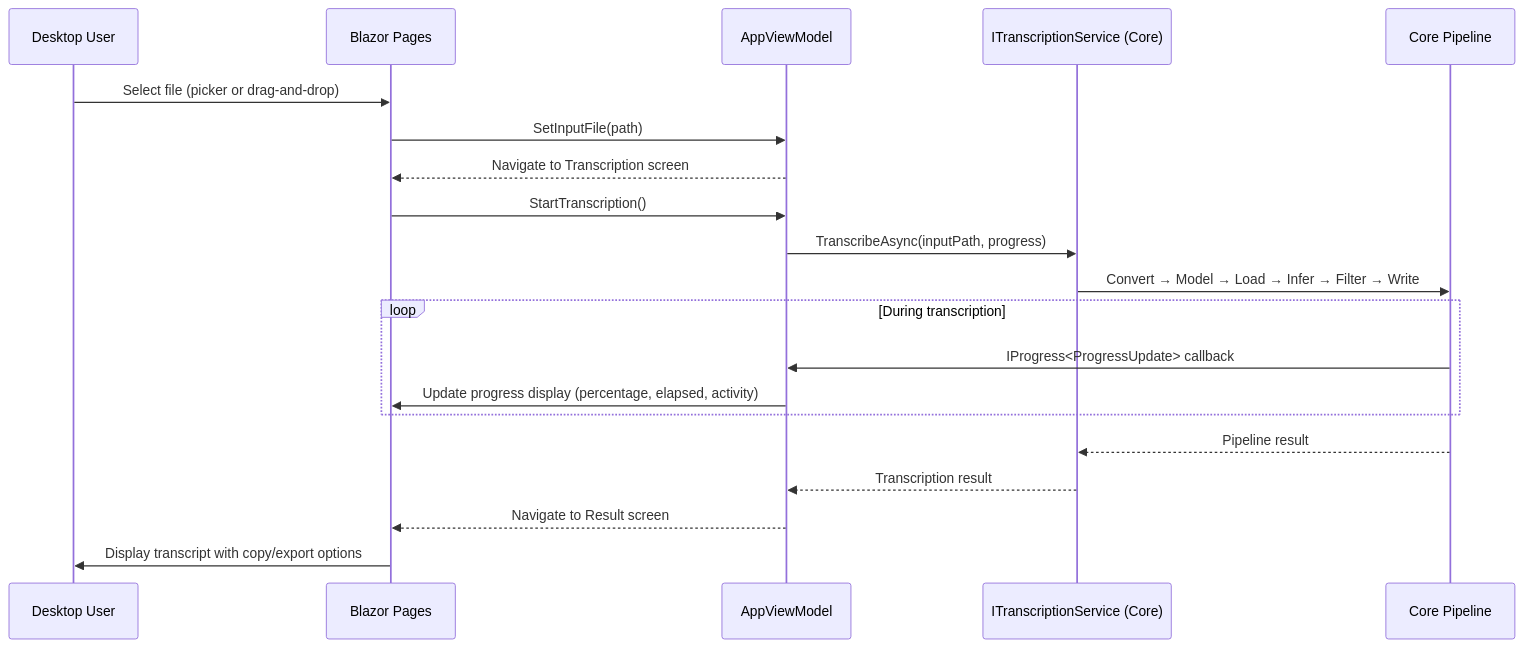
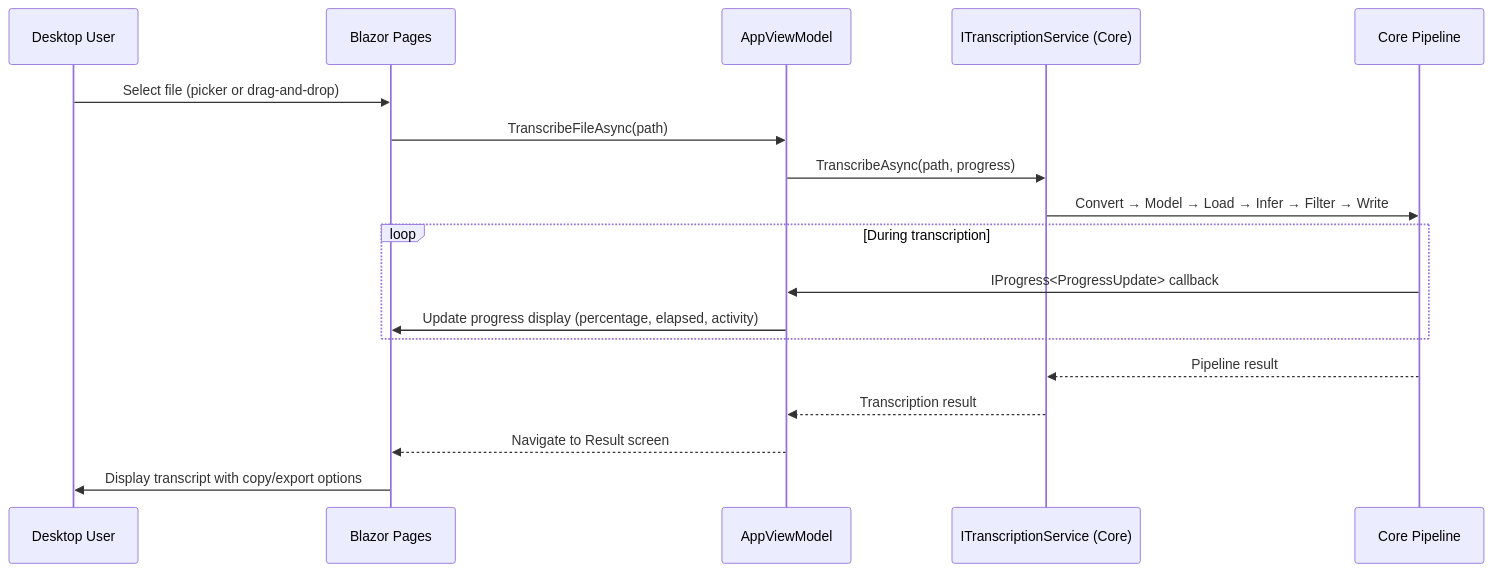
One commit to artemsemdev/VoxFlow changed the seventh of 7 diagrams in docs/architecture/04-runtime-sequences.md. Above: the diagram before and after it, drawn with Mermaid. The commit also changed other lines of this file and 4 other files, not shown here.

Commit message:
docs: Update architecture and README for shared core and host details

````diff
--- a/docs/architecture/04-runtime-sequences.md
+++ b/docs/architecture/04-runtime-sequences.md
@@ -234,27 +238,24 @@
 ```mermaid
 sequenceDiagram
     participant User as Desktop User
     participant Pages as Blazor Pages
     participant VM as AppViewModel
     participant ITranscription as ITranscriptionService (Core)
     participant Core as Core Pipeline
 
     User->>Pages: Select file (picker or drag-and-drop)
-    Pages->>VM: SetInputFile(path)
-    VM-->>Pages: Navigate to Transcription screen
-
-    Pages->>VM: StartTranscription()
-    VM->>ITranscription: TranscribeAsync(inputPath, progress)
+    Pages->>VM: TranscribeFileAsync(path)
+    VM->>ITranscription: TranscribeAsync(path, progress)
     ITranscription->>Core: Convert → Model → Load → Infer → Filter → Write
 
     loop During transcription
         Core->>VM: IProgress<ProgressUpdate> callback
         VM->>Pages: Update progress display (percentage, elapsed, activity)
     end
 
     Core-->>ITranscription: Pipeline result
     ITranscription-->>VM: Transcription result
 
     VM-->>Pages: Navigate to Result screen
     Pages->>User: Display transcript with copy/export options
 ```
````
